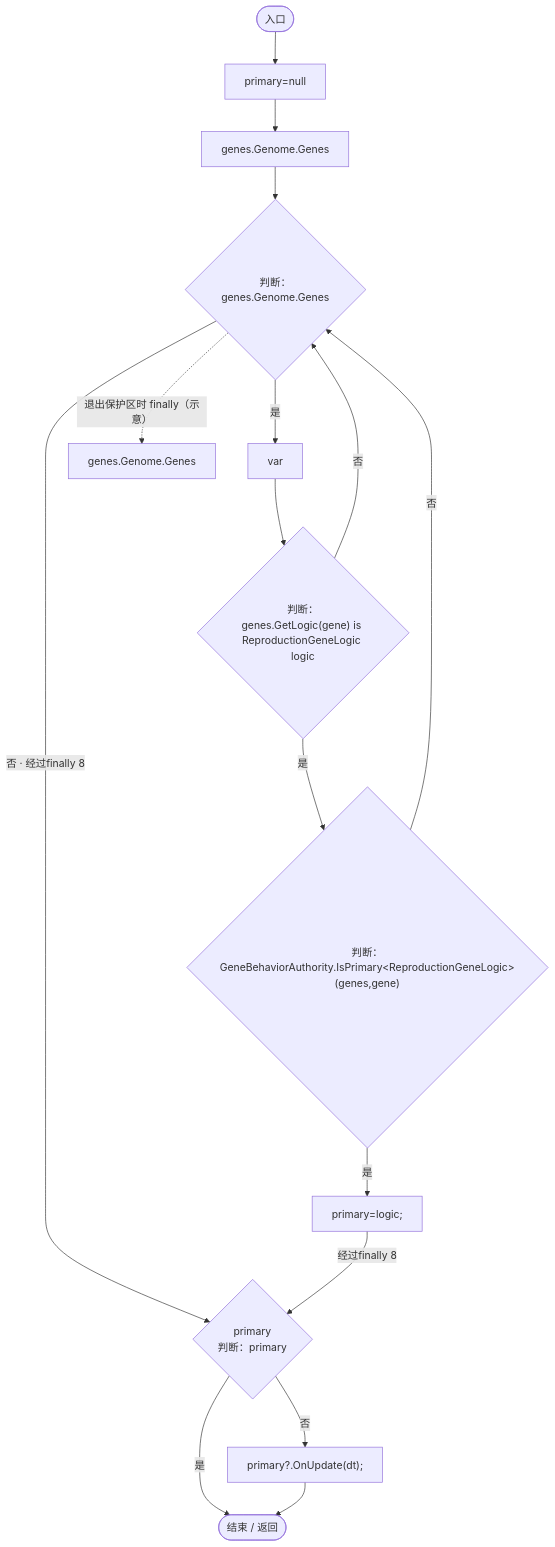
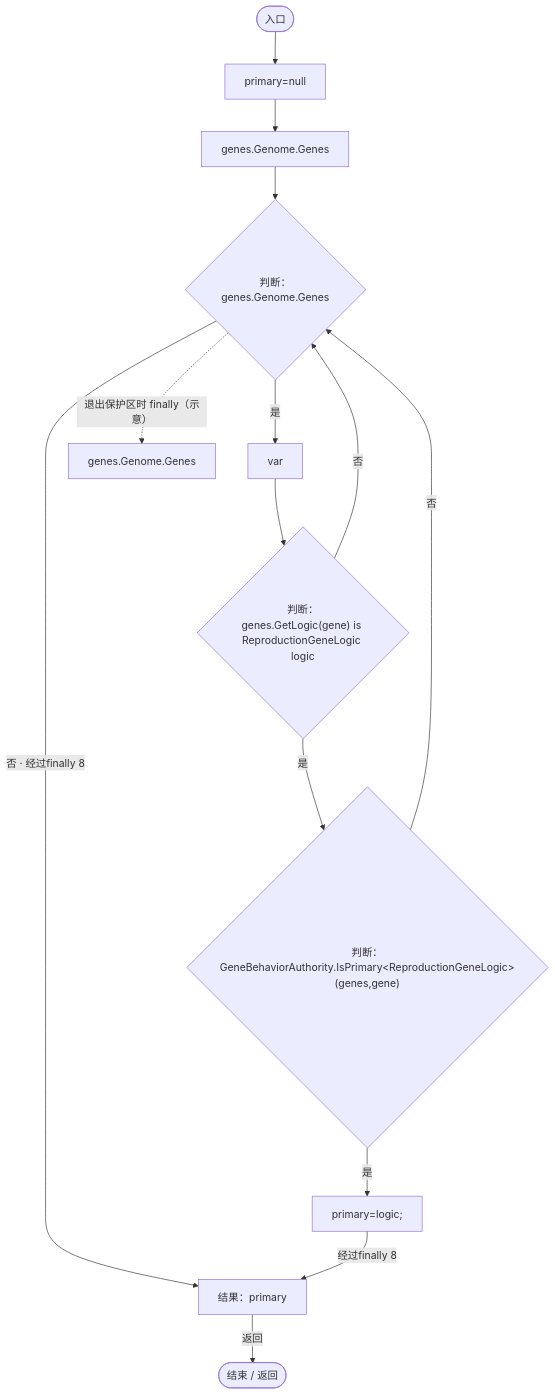
The tenth of 10 diagrams in Docs/运行流程图/脚本/9d3f50e550ab5beb.md (xhs6666/Darwin_paradise), drawn with Mermaid before and after one commit. The commit also changed other lines of this file and 30 other files, not shown here.

````diff
--- a/Docs/运行流程图/脚本/9d3f50e550ab5beb.md
+++ b/Docs/运行流程图/脚本/9d3f50e550ab5beb.md
@@ -282,31 +375,28 @@
 ```mermaid
 flowchart TD
   b0(["入口"])
   b1["primary=null"]
   b2["genes.Genome.Genes"]
   b3{"判断：genes.Genome.Genes"}
   b4["var"]
   b5{"判断：genes.GetLogic(gene) is ReproductionGeneLogic logic"}
   b6{"判断：GeneBehaviorAuthority.IsPrimary&lt;ReproductionGeneLogic&gt;(genes,gene)"}
   b7["primary=logic;"]
   b8["genes.Genome.Genes"]
-  b9{"primary<br/>判断：primary"}
-  b10["primary?.OnUpdate(dt);"]
-  b11(["结束 / 返回"])
+  b9["结果：primary"]
+  b10(["结束 / 返回"])
   b0 --> b1
   b1 --> b2
   b2 --> b3
   b3 -->|"是"| b4
   b3 -->|"否 · 经过finally 8"| b9
   b4 --> b5
   b5 -->|"是"| b6
   b5 -->|"否"| b3
   b6 -->|"是"| b7
   b6 -->|"否"| b3
   b7 -->|"经过finally 8"| b9
-  b9 -->|"否"| b10
-  b9 -->|"是"| b11
-  b10 --> b11
+  b9 -->|"返回"| b10
   b3 -. "退出保护区时 finally（示意）" .-> b8
 
 ```
````
